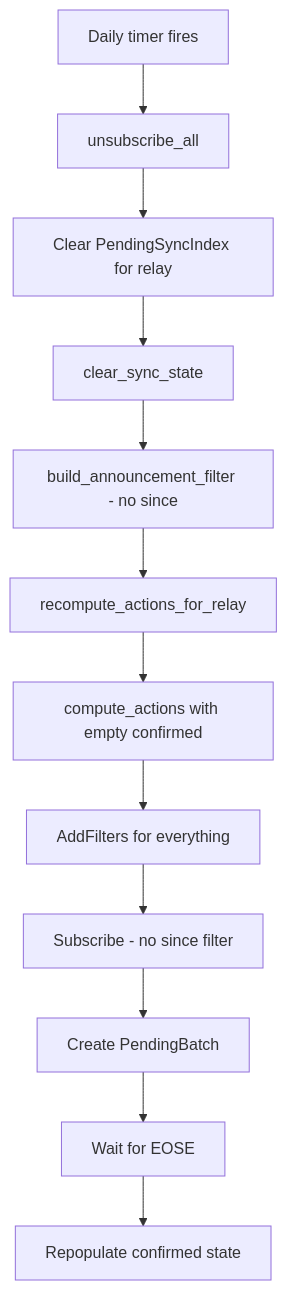
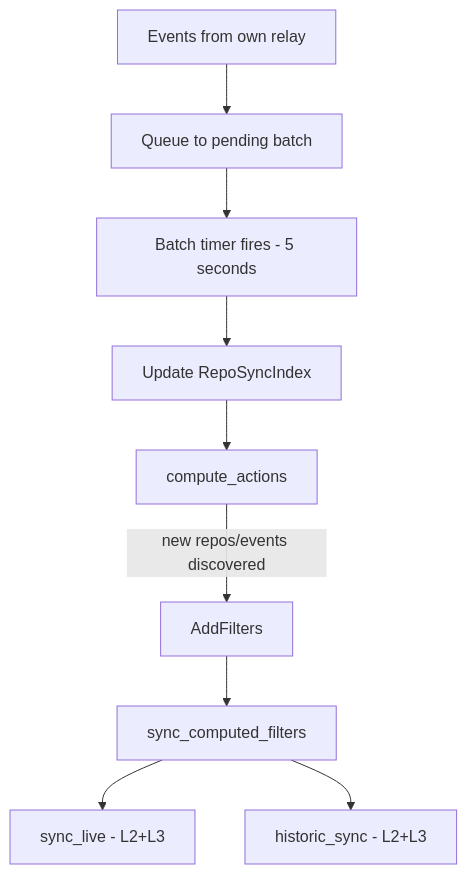
Before and after one commit to Pleb5/ngit-grasp: the eighth of 9 diagrams in docs/explanation/grasp-02-proactive-sync.md, drawn with Mermaid. The commit also changed other lines of this file and 3 other files, not shown here.

````diff
--- a/docs/explanation/grasp-02-proactive-sync.md
+++ b/docs/explanation/grasp-02-proactive-sync.md
@@ -272,14 +322,11 @@
 ```mermaid
 flowchart TB
-    DAILY[Daily timer fires] --> CLOSE[unsubscribe_all]
-    CLOSE --> CLEAR_PEND[Clear PendingSyncIndex for relay]
-    CLEAR_PEND --> CLEAR_STATE[clear_sync_state]
-    CLEAR_STATE --> L1[build_announcement_filter - no since]
-    L1 --> RCA[recompute_actions_for_relay]
-    RCA --> CA[compute_actions with empty confirmed]
-    CA --> AF[AddFilters for everything]
-    AF --> SUB[Subscribe - no since filter]
-    SUB --> PB[Create PendingBatch]
-    PB --> EOSE[Wait for EOSE]
-    EOSE --> CONFIRM[Repopulate confirmed state]
+    EVENTS[Events from own relay] --> QUEUE[Queue to pending batch]
+    QUEUE --> TIMER[Batch timer fires - 5 seconds]
+    TIMER --> UPDATE[Update RepoSyncIndex]
+    UPDATE --> CA[compute_actions]
+    CA --> |new repos/events discovered| AF[AddFilters]
+    AF --> SFRE[sync_computed_filters]
+    SFRE --> LIVE[sync_live - L2+L3]
+    SFRE --> HIST[historic_sync - L2+L3]
 ```
````
